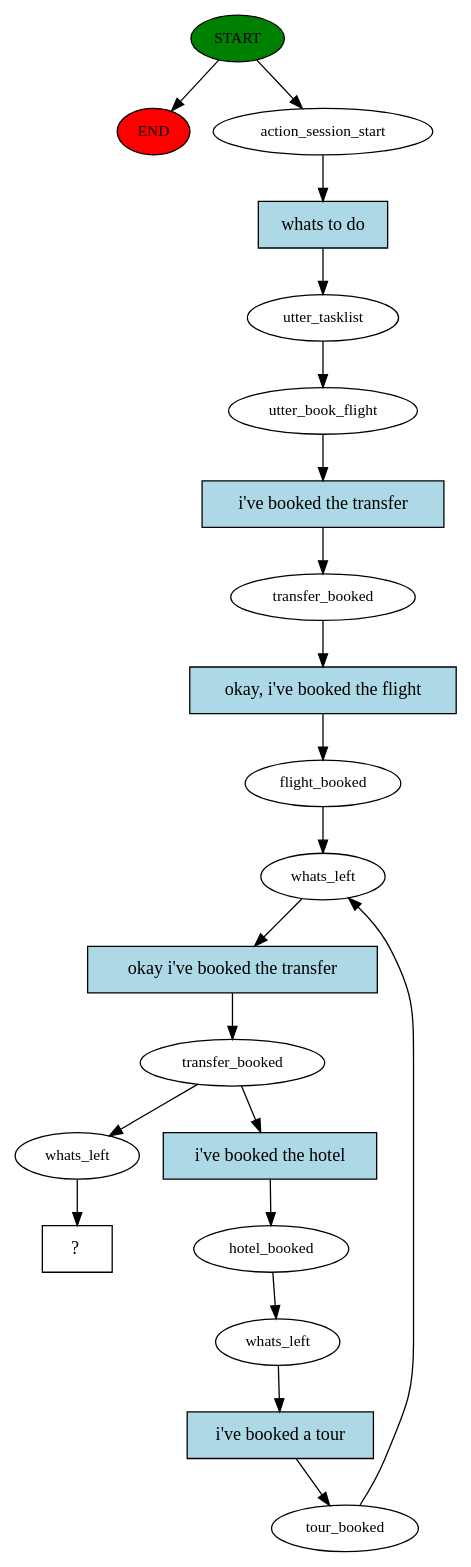
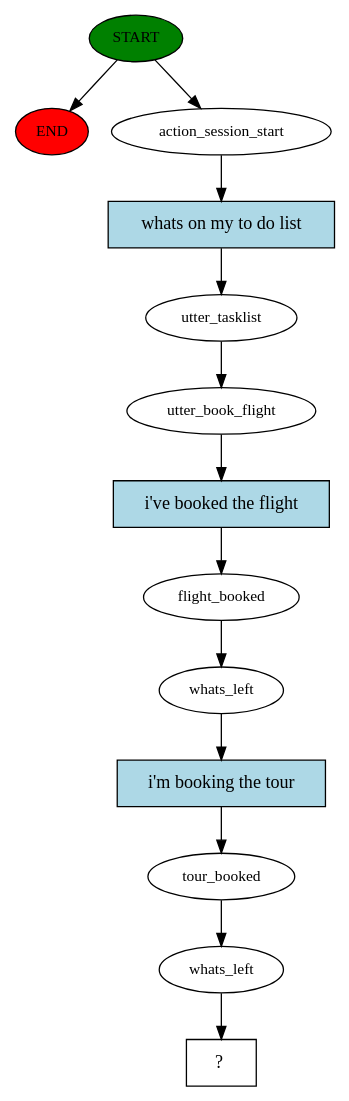
The diagram in story_graph.dot (luis-f-lins/process-aware-conversational-agent), drawn with Graphviz before and after one commit. The commit also changed 12 other files, not shown here.

```diff
--- a/story_graph.dot
+++ b/story_graph.dot
@@ -1,42 +1,27 @@
 digraph  {
 0 [class="start active", fillcolor=green, fontsize=12, label=START, style=filled];
 "-1" [class=end, fillcolor=red, fontsize=12, label=END, style=filled];
 1 [class=active, fontsize=12, label=action_session_start];
 2 [class=active, fontsize=12, label=utter_tasklist];
 3 [class=active, fontsize=12, label=utter_book_flight];
-4 [class=active, fontsize=12, label=transfer_booked];
-5 [class=active, fontsize=12, label=flight_booked];
-6 [class=active, fontsize=12, label=whats_left];
-7 [class=active, fontsize=12, label=transfer_booked];
-8 [class=active, fontsize=12, label=hotel_booked];
-9 [class=active, fontsize=12, label=whats_left];
-10 [class=active, fontsize=12, label=tour_booked];
-13 [class=active, fontsize=12, label=whats_left];
-14 [class="intent dashed active", label="  ?  ", shape=rect];
-15 [class="intent active", fillcolor=lightblue, label="whats to do", shape=rect, style=filled];
-16 [class="intent active", fillcolor=lightblue, label="i've booked the transfer", shape=rect, style=filled];
-17 [class="intent active", fillcolor=lightblue, label="okay, i've booked the flight", shape=rect, style=filled];
-18 [class="intent active", fillcolor=lightblue, label="okay i've booked the transfer", shape=rect, style=filled];
-19 [class="intent active", fillcolor=lightblue, label="i've booked the hotel", shape=rect, style=filled];
-20 [class="intent active", fillcolor=lightblue, label="i've booked a tour", shape=rect, style=filled];
+4 [class=active, fontsize=12, label=flight_booked];
+5 [class=active, fontsize=12, label=whats_left];
+6 [class=active, fontsize=12, label=tour_booked];
+7 [class=active, fontsize=12, label=whats_left];
+8 [class="intent dashed active", label="  ?  ", shape=rect];
+9 [class="intent active", fillcolor=lightblue, label="whats on my to do list", shape=rect, style=filled];
+10 [class="intent active", fillcolor=lightblue, label="i've booked the flight", shape=rect, style=filled];
+11 [class="intent active", fillcolor=lightblue, label="i'm booking the tour", shape=rect, style=filled];
 0 -> "-1"  [class="", key=NONE, label=""];
 0 -> 1  [class=active, key=NONE, label=""];
-1 -> 15  [class=active, key=0];
+1 -> 9  [class=active, key=0];
 2 -> 3  [class=active, key=NONE, label=""];
-3 -> 16  [class=active, key=0];
-4 -> 17  [class=active, key=0];
-5 -> 6  [class=active, key=NONE, label=""];
-6 -> 18  [class=active, key=0];
-7 -> 13  [class=active, key=NONE, label=""];
-7 -> 19  [class=active, key=0];
-8 -> 9  [class=active, key=NONE, label=""];
-9 -> 20  [class=active, key=0];
-10 -> 6  [class=active, key=NONE, label=""];
-13 -> 14  [class=active, key=NONE, label=""];
-15 -> 2  [class=active, key=0];
-16 -> 4  [class=active, key=0];
-17 -> 5  [class=active, key=0];
-18 -> 7  [class=active, key=0];
-19 -> 8  [class=active, key=0];
-20 -> 10  [class=active, key=0];
+3 -> 10  [class=active, key=0];
+4 -> 5  [class=active, key=NONE, label=""];
+5 -> 11  [class=active, key=0];
+6 -> 7  [class=active, key=NONE, label=""];
+7 -> 8  [class=active, key=NONE, label=""];
+9 -> 2  [class=active, key=0];
+10 -> 4  [class=active, key=0];
+11 -> 6  [class=active, key=0];
 }
```
